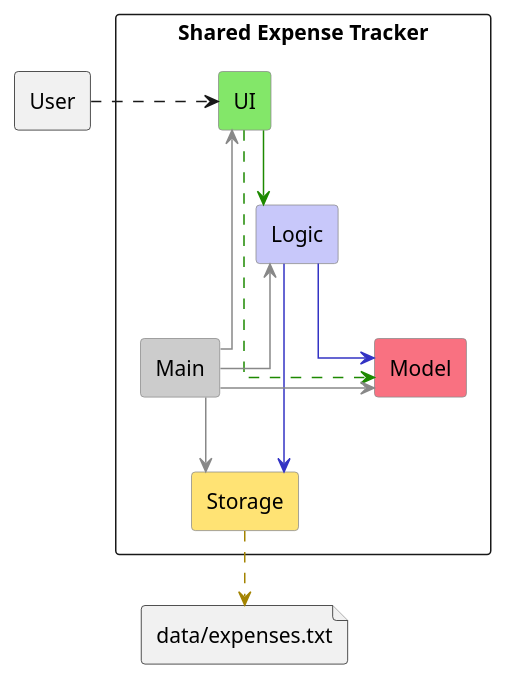
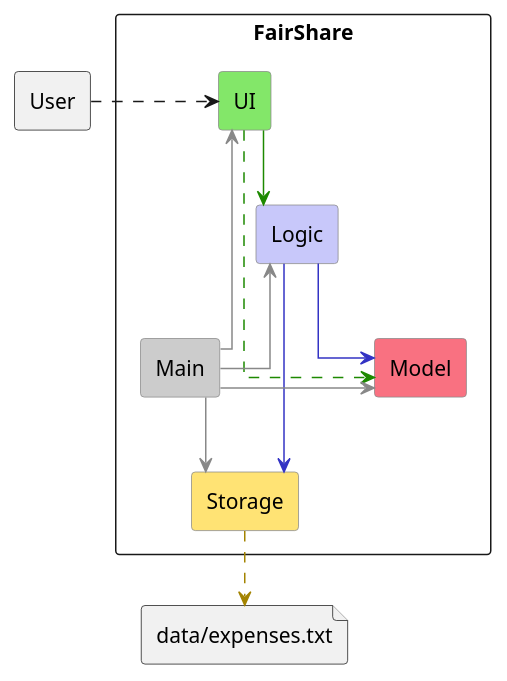
The diagram in docs/architecture/puml/ArchitecturalPatternDiagram.puml (IV-pratibha-0912/tp), drawn with PlantUML before and after one commit. The commit also changed 3 other files, not shown here.

Commit message:
Update architectural diagrams

```diff
--- a/docs/architecture/puml/ArchitecturalPatternDiagram.puml
+++ b/docs/architecture/puml/ArchitecturalPatternDiagram.puml
@@ -1,43 +1,43 @@
 @startuml
 
 skinparam backgroundColor white
 skinparam defaultFontName Arial
 skinparam nodesep 50
 skinparam ranksep 50
 allowmixing
 skinparam componentStyle rectangle
 skinparam linetype ortho
 
 skinparam Component {
     BackgroundColor #FFFFFF
     BorderColor #888888
     FontColor #000000
 }
 
-Package "Shared Expense Tracker" <<Rectangle>> {
+Package "FairShare" <<Rectangle>> {
     Component UI #83E769
     Component Logic #C8C8FA
     Component Storage #FFE374
     Component Model #F97181
     Component Main #CCCCCC
 }
 
 Rectangle User
 File "data/expenses.txt" as textFile
 
 User .right.> UI
 
 UI -[#1D8900]-> Logic
 UI .[#1D8900].> Model
 
 Logic -down[#3333C4]-> Storage
 Logic -down[#3333C4]-> Model
 
 Main -up[#888888]-> UI
 Main -up[#888888]-> Logic
 Main -right[#888888]-> Model
 Main -down[#888888]-> Storage
 
 Storage .[#A38300].> textFile
 
 @enduml
```
